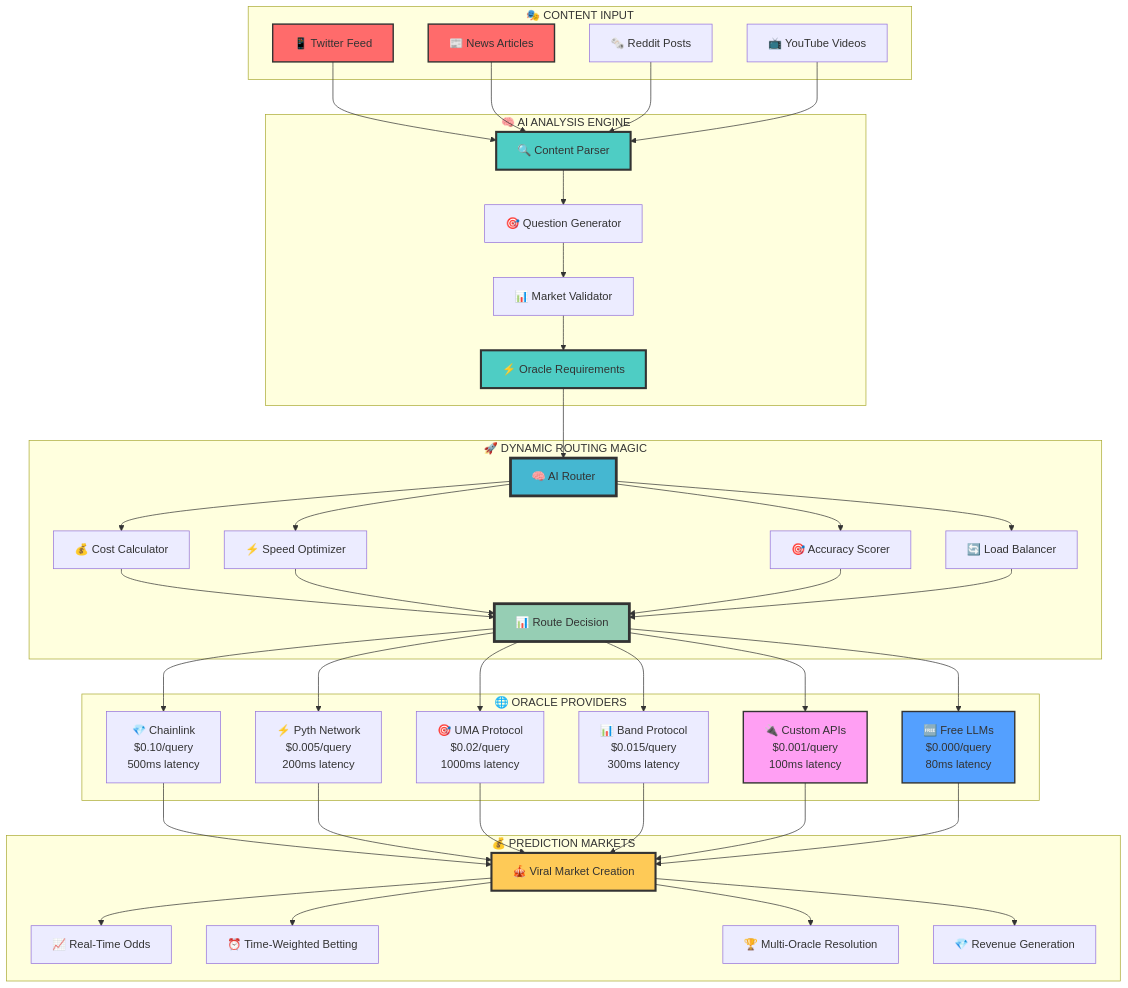
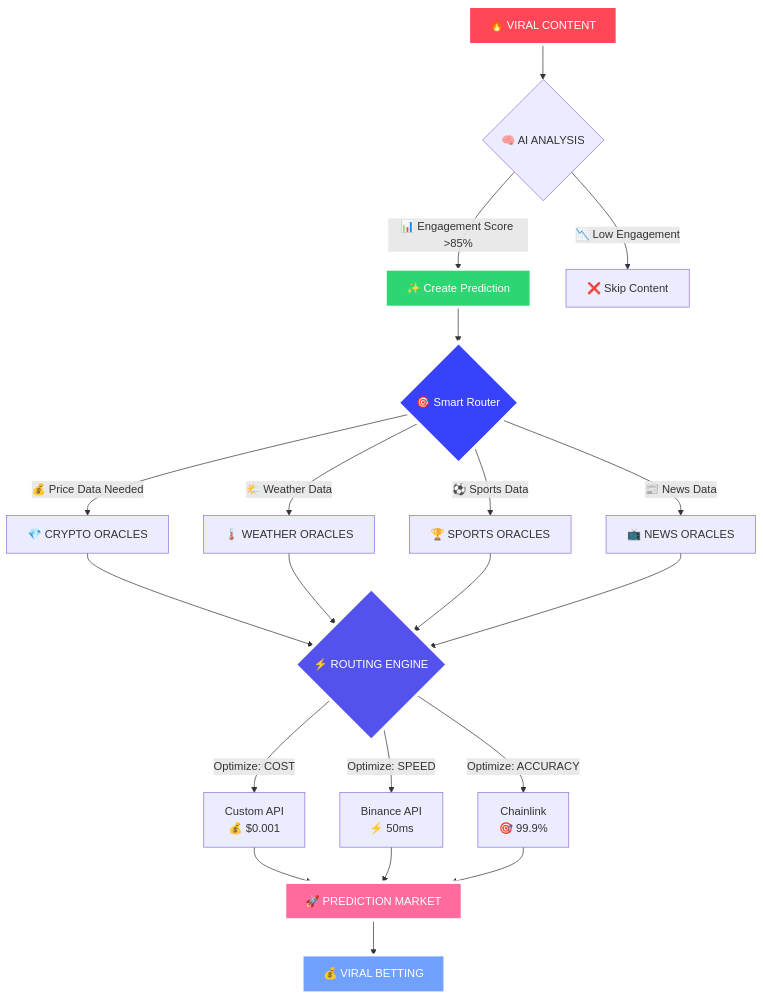
The third of 3 diagrams in README.md (samthedataman/openoracle-protocol), drawn with Mermaid before and after one commit. The commit also changed other lines of this file, not shown here.

First line of the commit message:
🔥 REVOLUTIONARY README: Show the MAGIC of AI Oracle Routing

````diff
--- a/README.md
+++ b/README.md
@@ -327,65 +367,35 @@
 ```mermaid
-graph TB
-    subgraph "🎭 CONTENT INPUT"
-        A1["📱 Twitter Feed"] 
-        A2["📰 News Articles"]
-        A3["🗞️ Reddit Posts"]
-        A4["📺 YouTube Videos"]
-    end
+flowchart TD
+    A[🔥 VIRAL CONTENT] --> B{🧠 AI ANALYSIS}
+    B -->|📊 Engagement Score >85%| C[✨ Create Prediction]
+    B -->|📉 Low Engagement| Z[❌ Skip Content]
     
-    subgraph "🧠 AI ANALYSIS ENGINE"
-        A1 --> B1["🔍 Content Parser"]
-        A2 --> B1
-        A3 --> B1  
-        A4 --> B1
-        B1 --> B2["🎯 Question Generator"]
-        B2 --> B3["📊 Market Validator"]
-        B3 --> B4["⚡ Oracle Requirements"]
-    end
+    C --> D{🎯 Smart Router}
     
-    subgraph "🚀 DYNAMIC ROUTING MAGIC"
-        B4 --> C1["🧠 AI Router"]
-        C1 --> C2["💰 Cost Calculator"]
-        C1 --> C3["⚡ Speed Optimizer"]  
-        C1 --> C4["🎯 Accuracy Scorer"]
-        C1 --> C5["🔄 Load Balancer"]
-        
-        C2 --> D1["📊 Route Decision"]
-        C3 --> D1
-        C4 --> D1
-        C5 --> D1
-    end
+    D -->|💰 Price Data Needed| E[💎 CRYPTO ORACLES]
+    D -->|🌤️ Weather Data| F[🌡️ WEATHER ORACLES] 
+    D -->|⚽ Sports Data| G[🏆 SPORTS ORACLES]
+    D -->|📰 News Data| H[📺 NEWS ORACLES]
     
-    subgraph "🌐 ORACLE PROVIDERS"
-        D1 --> E1["💎 Chainlink<br/>$0.10/query<br/>500ms latency"]
-        D1 --> E2["⚡ Pyth Network<br/>$0.005/query<br/>200ms latency"] 
-        D1 --> E3["🎯 UMA Protocol<br/>$0.02/query<br/>1000ms latency"]
-        D1 --> E4["📊 Band Protocol<br/>$0.015/query<br/>300ms latency"]
-        D1 --> E5["🔌 Custom APIs<br/>$0.001/query<br/>100ms latency"]
-        D1 --> E6["🆓 Free LLMs<br/>$0.000/query<br/>80ms latency"]
-    end
+    E --> I{⚡ ROUTING ENGINE}
+    F --> I
+    G --> I
+    H --> I
     
-    subgraph "💰 PREDICTION MARKETS"
-        E1 --> F1["🎪 Viral Market Creation"]
-        E2 --> F1
-        E3 --> F1
-        E4 --> F1
-        E5 --> F1
-        E6 --> F1
-        
-        F1 --> F2["📈 Real-Time Odds"]
-        F1 --> F3["⏰ Time-Weighted Betting"]  
-        F1 --> F4["🏆 Multi-Oracle Resolution"]
-        F1 --> F5["💎 Revenue Generation"]
-    end
+    I -->|Optimize: COST| J[Custom API<br/>💰 $0.001]
+    I -->|Optimize: SPEED| K[Binance API<br/>⚡ 50ms]
+    I -->|Optimize: ACCURACY| L[Chainlink<br/>🎯 99.9%]
     
-    style A1 fill:#ff6b6b,stroke:#333,stroke-width:2px
-    style A2 fill:#ff6b6b,stroke:#333,stroke-width:2px
-    style B1 fill:#4ecdc4,stroke:#333,stroke-width:3px
-    style B4 fill:#4ecdc4,stroke:#333,stroke-width:3px
-    style C1 fill:#45b7d1,stroke:#333,stroke-width:4px
-    style D1 fill:#96ceb4,stroke:#333,stroke-width:4px
-    style F1 fill:#feca57,stroke:#333,stroke-width:3px
-    style E5 fill:#ff9ff3,stroke:#333,stroke-width:2px
-    style E6 fill:#54a0ff,stroke:#333,stroke-width:2px
+    J --> M[🚀 PREDICTION MARKET]
+    K --> M
+    L --> M
+    
+    M --> N[💰 VIRAL BETTING]
+    
+    style A fill:#ff4757,color:#fff,stroke:#fff,stroke-width:4px
+    style C fill:#2ed573,color:#fff,stroke:#fff,stroke-width:4px
+    style D fill:#3742fa,color:#fff,stroke:#fff,stroke-width:5px
+    style I fill:#5352ed,color:#fff,stroke:#fff,stroke-width:5px
+    style M fill:#ff6b9d,color:#fff,stroke:#fff,stroke-width:5px
+    style N fill:#70a1ff,color:#fff,stroke:#fff,stroke-width:4px
 ```
````
